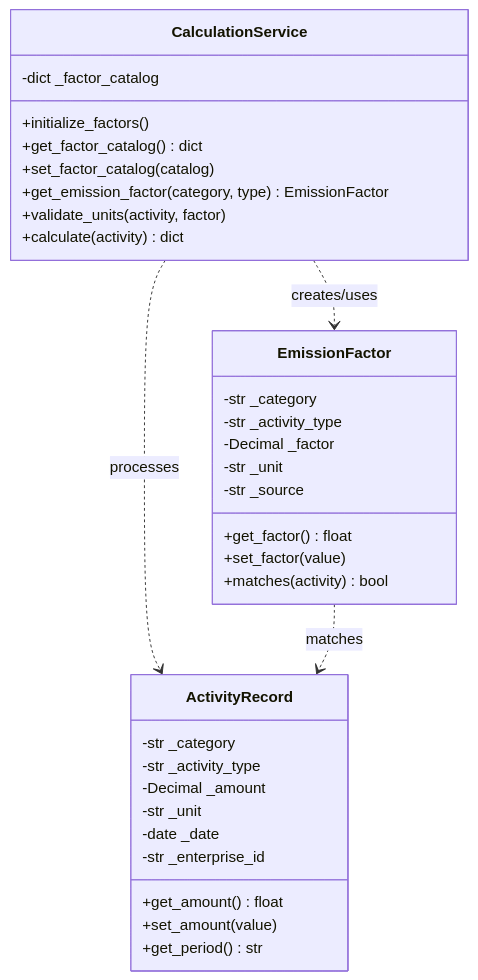
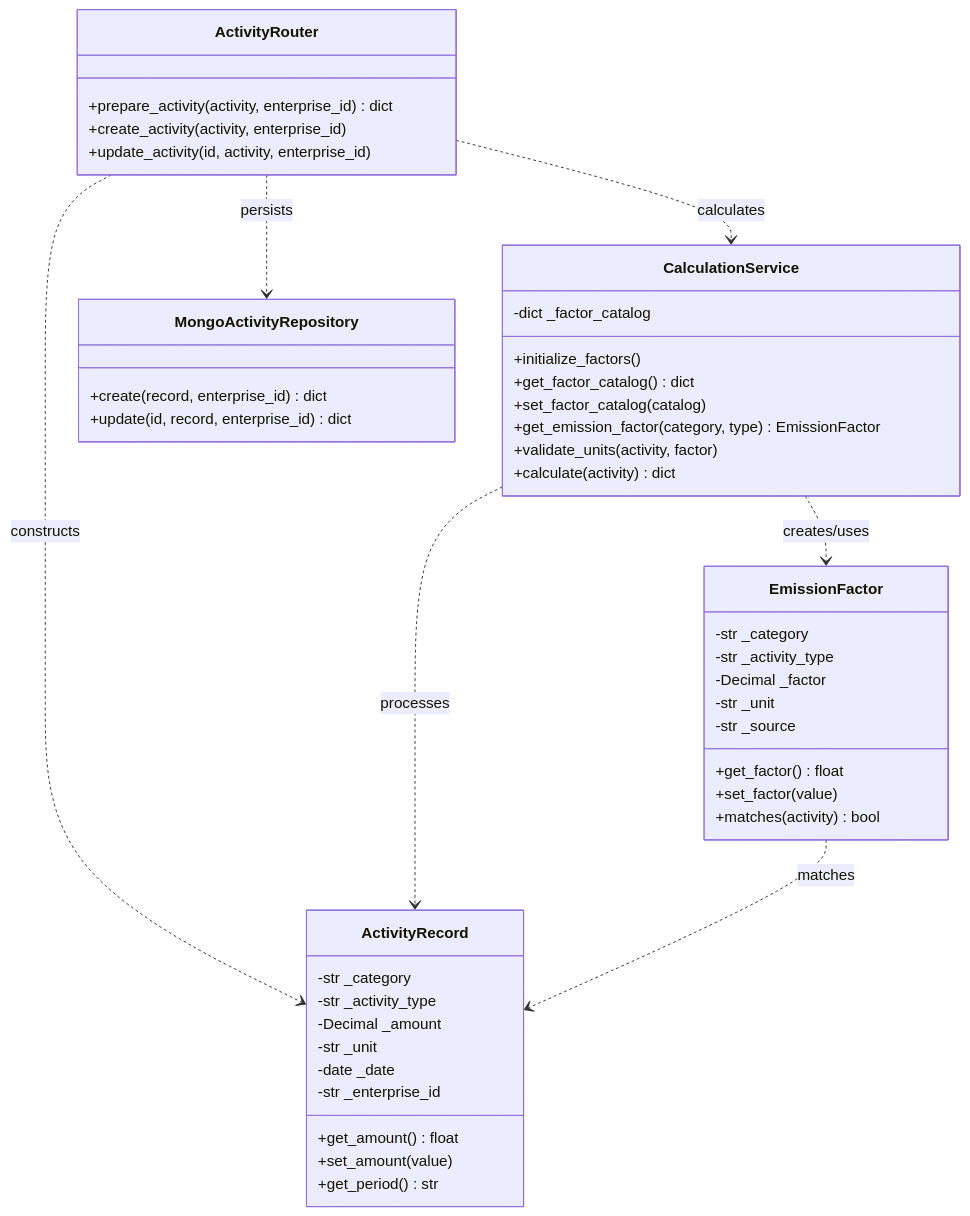
One commit to oscar-byte15/Enterprise-carbon-tracker changed the diagram in docs/Hometask1-Subsystem2.md. Above: the diagram before and after it, drawn with Mermaid. The commit also changed other lines of this file, not shown here.

Commit message:
Document integrated OOP production flow and expanded architecture UML

````diff
--- a/docs/Hometask1-Subsystem2.md
+++ b/docs/Hometask1-Subsystem2.md
@@ -18,36 +18,48 @@
 ```mermaid
 classDiagram
     class ActivityRecord {
       -str _category
       -str _activity_type
       -Decimal _amount
       -str _unit
       -date _date
       -str _enterprise_id
       +get_amount() float
       +set_amount(value)
       +get_period() str
     }
     class EmissionFactor {
       -str _category
       -str _activity_type
       -Decimal _factor
       -str _unit
       -str _source
       +get_factor() float
       +set_factor(value)
       +matches(activity) bool
     }
     class CalculationService {
       -dict _factor_catalog
       +initialize_factors()
       +get_factor_catalog() dict
       +set_factor_catalog(catalog)
       +get_emission_factor(category, type) EmissionFactor
       +validate_units(activity, factor)
       +calculate(activity) dict
     }
+    class ActivityRouter {
+      +prepare_activity(activity, enterprise_id) dict
+      +create_activity(activity, enterprise_id)
+      +update_activity(id, activity, enterprise_id)
+    }
+    class MongoActivityRepository {
+      +create(record, enterprise_id) dict
+      +update(id, record, enterprise_id) dict
+    }
+    ActivityRouter ..> ActivityRecord : constructs
+    ActivityRouter ..> CalculationService : calculates
     CalculationService ..> ActivityRecord : processes
     CalculationService ..> EmissionFactor : creates/uses
     EmissionFactor ..> ActivityRecord : matches
+    ActivityRouter ..> MongoActivityRepository : persists
 ```
````
